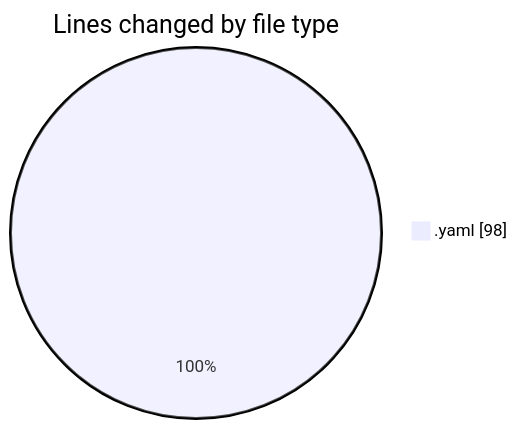
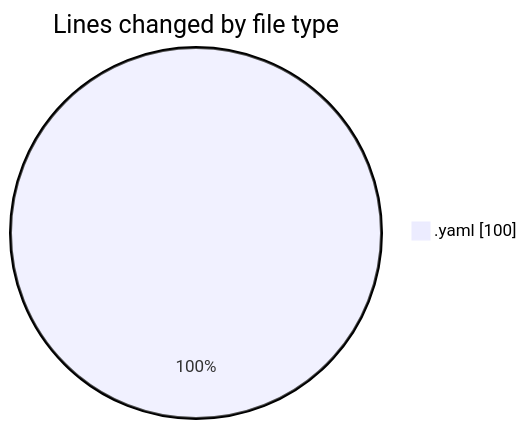
Before and after one commit to nxtqubesakshisongat/code-tracking: the first of 2 diagrams in 2025-05-08/argos_orchestrator/README.md, drawn with Mermaid. The commit also changed other lines of this file and 1 other file, not shown here.

````diff
--- a/2025-05-08/argos_orchestrator/README.md
+++ b/2025-05-08/argos_orchestrator/README.md
@@ -23,5 +23,5 @@
 ```mermaid
 pie showData
 title Lines changed by file type
-".yaml" : 98
+".yaml" : 100
 ```
````
